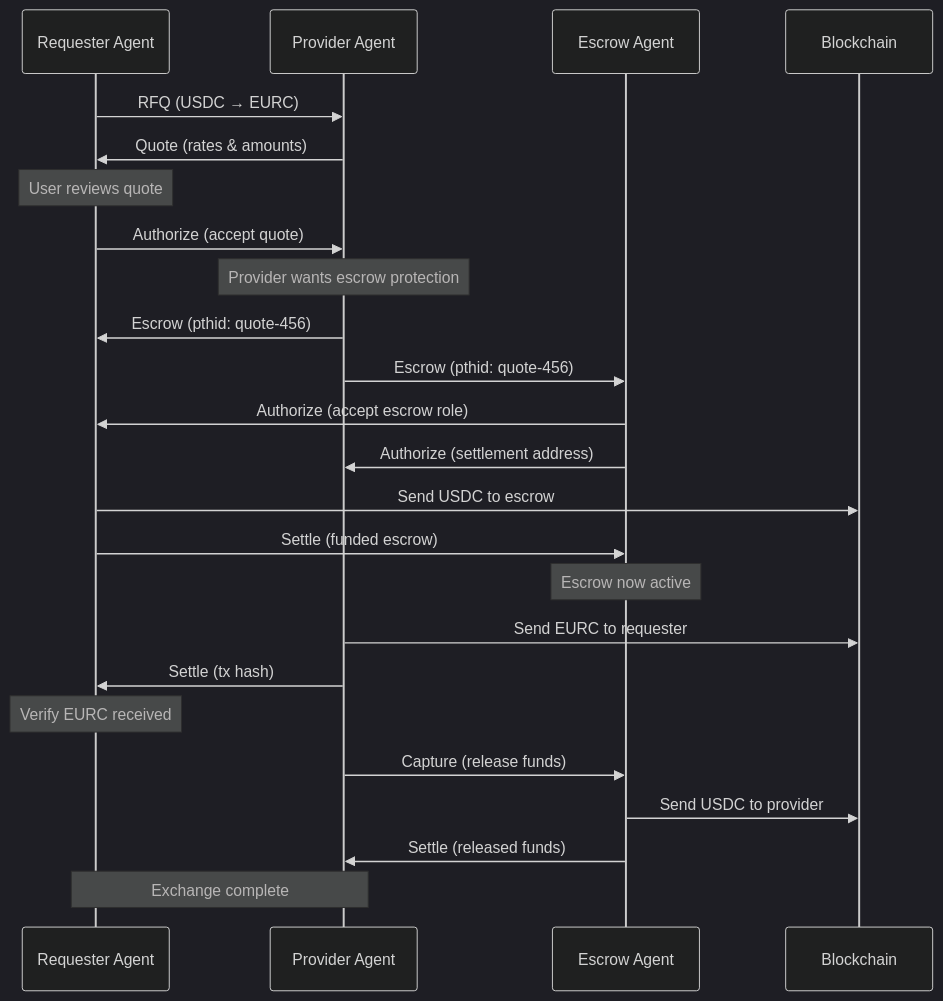
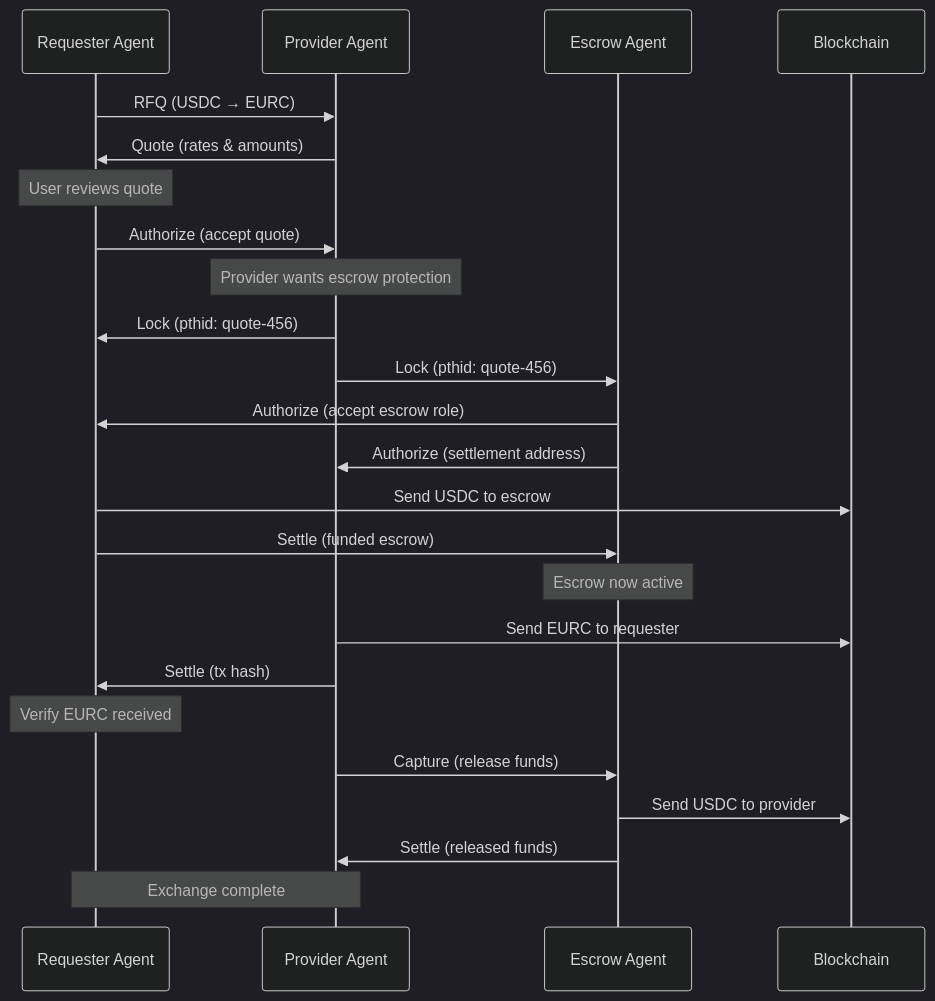
Before and after one commit to TransactionAuthorizationProtocol/TAIPs: the third of 5 diagrams in TAIPs/taip-18.md, drawn with Mermaid (dark theme). The commit also changed other lines of this file and 14 other files, not shown here.

First line of the commit message:
Rename TAIP-17 Escrow message type to Lock

````diff
--- a/TAIPs/taip-18.md
+++ b/TAIPs/taip-18.md
@@ -502,35 +502,35 @@
 ```mermaid
 sequenceDiagram
     participant Requester as Requester Agent
     participant Provider as Provider Agent
     participant Escrow as Escrow Agent
     participant Blockchain
 
     Requester->>Provider: RFQ (USDC → EURC)
     Provider->>Requester: Quote (rates & amounts)
     Note over Requester: User reviews quote
     Requester->>Provider: Authorize (accept quote)
 
     Note over Provider: Provider wants escrow protection
-    Provider->>Requester: Escrow (pthid: quote-456)
-    Provider->>Escrow: Escrow (pthid: quote-456)
+    Provider->>Requester: Lock (pthid: quote-456)
+    Provider->>Escrow: Lock (pthid: quote-456)
 
     Escrow->>Requester: Authorize (accept escrow role)
     Escrow->>Provider: Authorize (settlement address)
 
     Requester->>Blockchain: Send USDC to escrow
     Requester->>Escrow: Settle (funded escrow)
 
     Note over Escrow: Escrow now active
 
     Provider->>Blockchain: Send EURC to requester
     Provider->>Requester: Settle (tx hash)
 
     Note over Requester: Verify EURC received
 
     Provider->>Escrow: Capture (release funds)
     Escrow->>Blockchain: Send USDC to provider
     Escrow->>Provider: Settle (released funds)
 
     Note over Requester,Provider: Exchange complete
 ```
````
